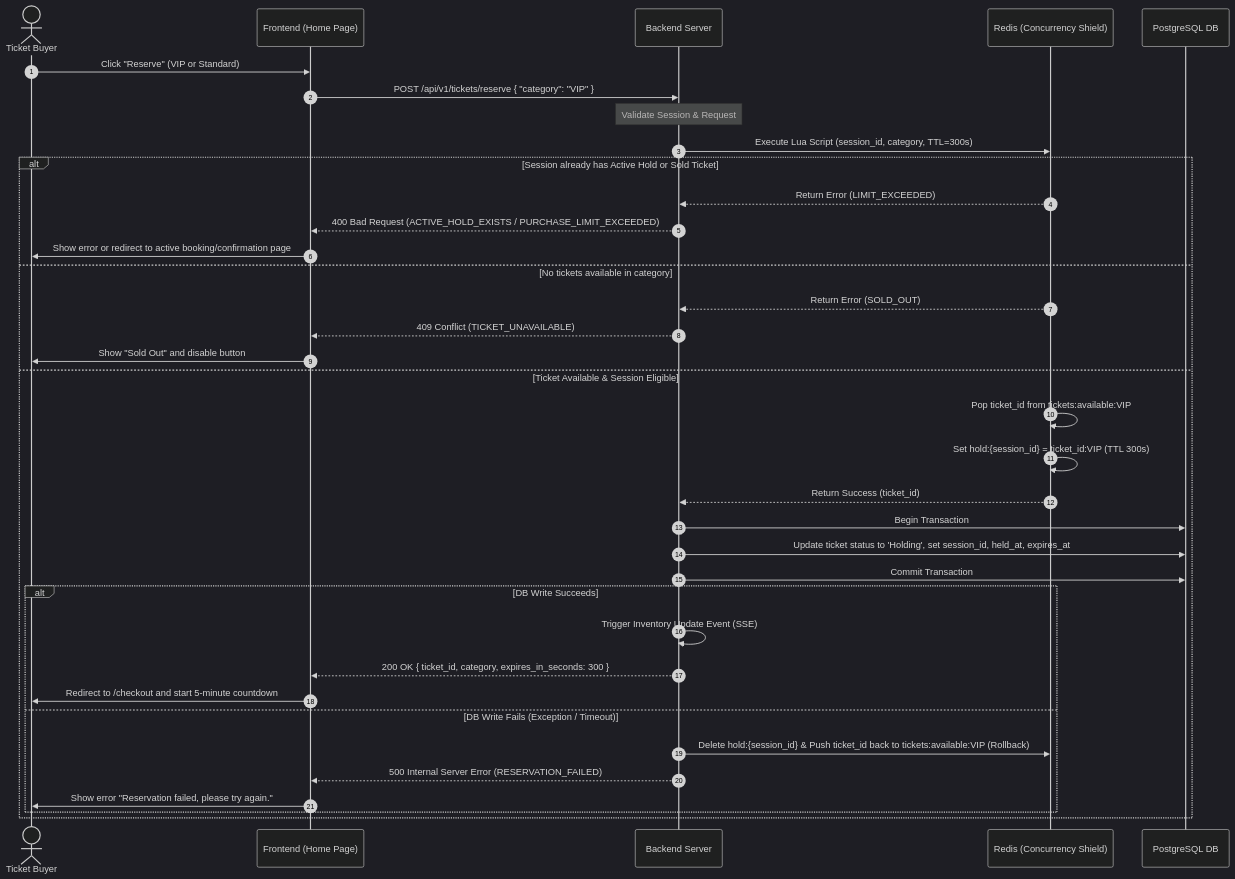
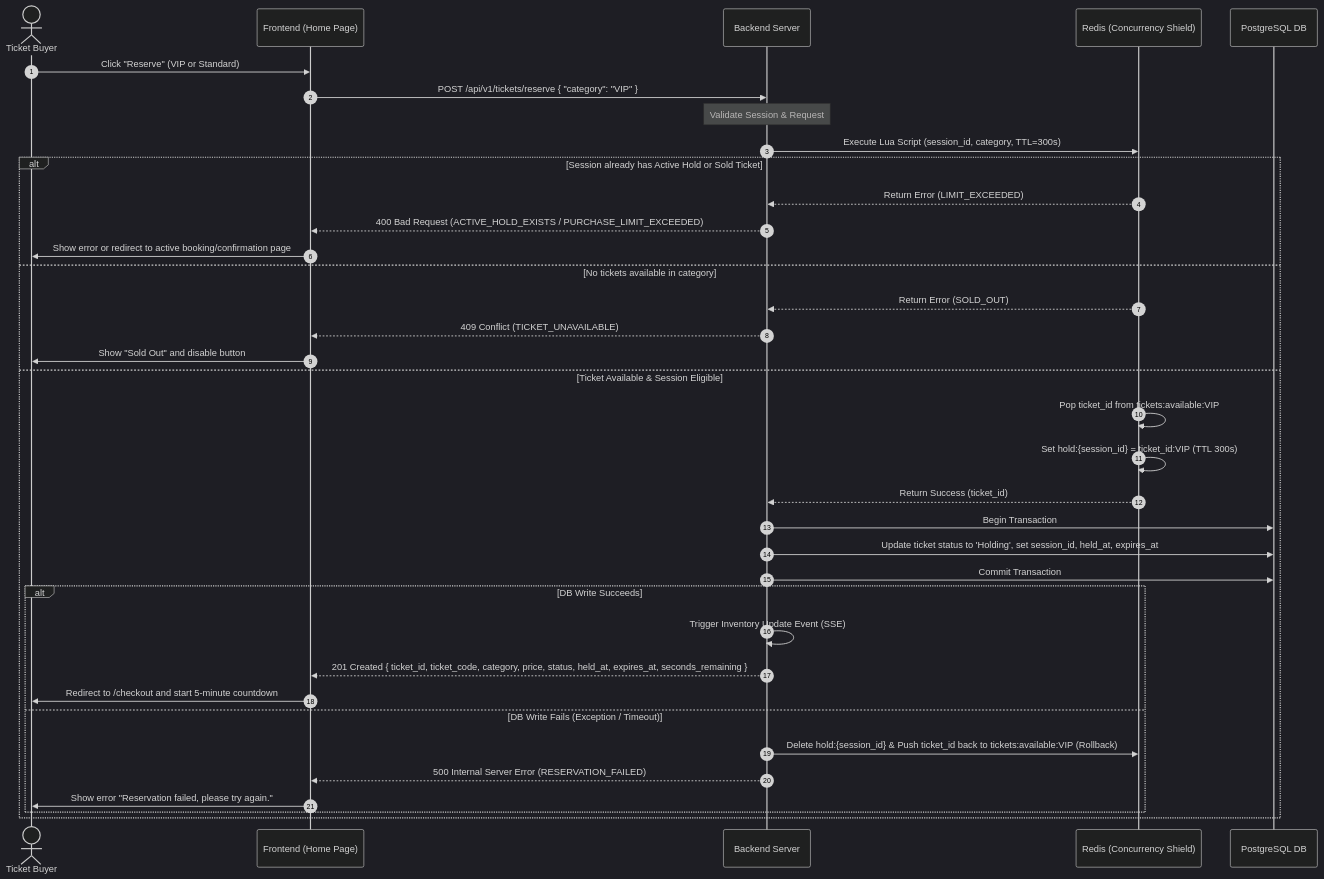
Before and after one commit to PhanVanHieu-Ptit/Ticket-booking: the diagram in docs/features/atomic_ticket_reservation.md, drawn with Mermaid (dark theme). The commit also changed other lines of this file and 6 other files, not shown here.

````diff
--- a/docs/features/atomic_ticket_reservation.md
+++ b/docs/features/atomic_ticket_reservation.md
@@ -23,42 +23,42 @@
 ```mermaid
 sequenceDiagram
     autonumber
     actor User as Ticket Buyer
     participant FE as Frontend (Home Page)
     participant BE as Backend Server
     participant Redis as Redis (Concurrency Shield)
     participant DB as PostgreSQL DB
 
     User->>FE: Click "Reserve" (VIP or Standard)
     FE->>BE: POST /api/v1/tickets/reserve { "category": "VIP" }
     Note over BE: Validate Session & Request
     BE->>Redis: Execute Lua Script (session_id, category, TTL=300s)
 
     alt Session already has Active Hold or Sold Ticket
         Redis-->>BE: Return Error (LIMIT_EXCEEDED)
         BE-->>FE: 400 Bad Request (ACTIVE_HOLD_EXISTS / PURCHASE_LIMIT_EXCEEDED)
         FE->>User: Show error or redirect to active booking/confirmation page
     else No tickets available in category
         Redis-->>BE: Return Error (SOLD_OUT)
         BE-->>FE: 409 Conflict (TICKET_UNAVAILABLE)
         FE->>User: Show "Sold Out" and disable button
     else Ticket Available & Session Eligible
         Redis->>Redis: Pop ticket_id from tickets:available:VIP
         Redis->>Redis: Set hold:{session_id} = ticket_id:VIP (TTL 300s)
         Redis-->>BE: Return Success (ticket_id)
 
         BE->>DB: Begin Transaction
         BE->>DB: Update ticket status to 'Holding', set session_id, held_at, expires_at
         BE->>DB: Commit Transaction
 
         alt DB Write Succeeds
             BE->>BE: Trigger Inventory Update Event (SSE)
-            BE-->>FE: 200 OK { ticket_id, category, expires_in_seconds: 300 }
+            BE-->>FE: 201 Created { ticket_id, ticket_code, category, price, status, held_at, expires_at, seconds_remaining }
             FE->>User: Redirect to /checkout and start 5-minute countdown
         else DB Write Fails (Exception / Timeout)
             BE->>Redis: Delete hold:{session_id} & Push ticket_id back to tickets:available:VIP (Rollback)
             BE-->>FE: 500 Internal Server Error (RESERVATION_FAILED)
             FE->>User: Show error "Reservation failed, please try again."
         end
     end
 ```
````
